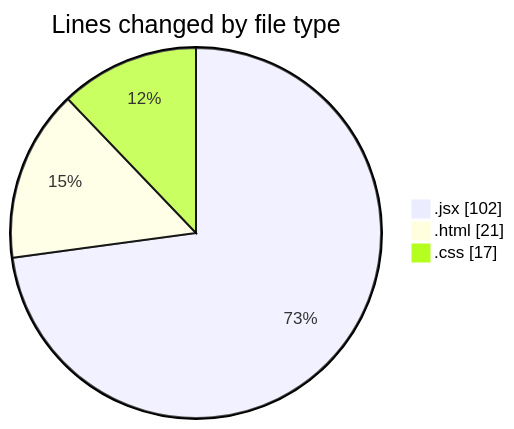
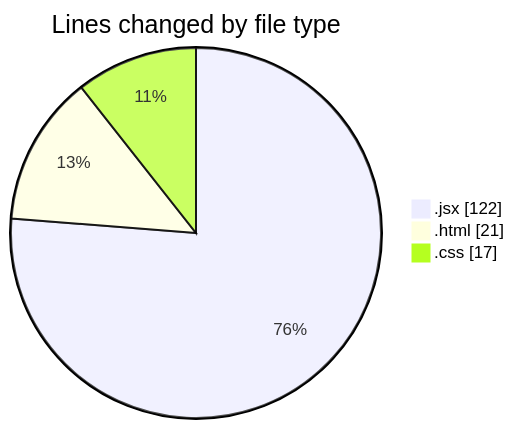
The first of 2 diagrams in 2025-02-13/elitegpt/README.md (Elitesun/code-tracking), drawn with Mermaid before and after one commit. The commit also changed other lines of this file and 1 other file, not shown here.

````diff
--- a/2025-02-13/elitegpt/README.md
+++ b/2025-02-13/elitegpt/README.md
@@ -24,7 +25,7 @@
 ```mermaid
 pie showData
 title Lines changed by file type
-".jsx" : 102
+".jsx" : 122
 ".html" : 21
 ".css" : 17
 ```
````
